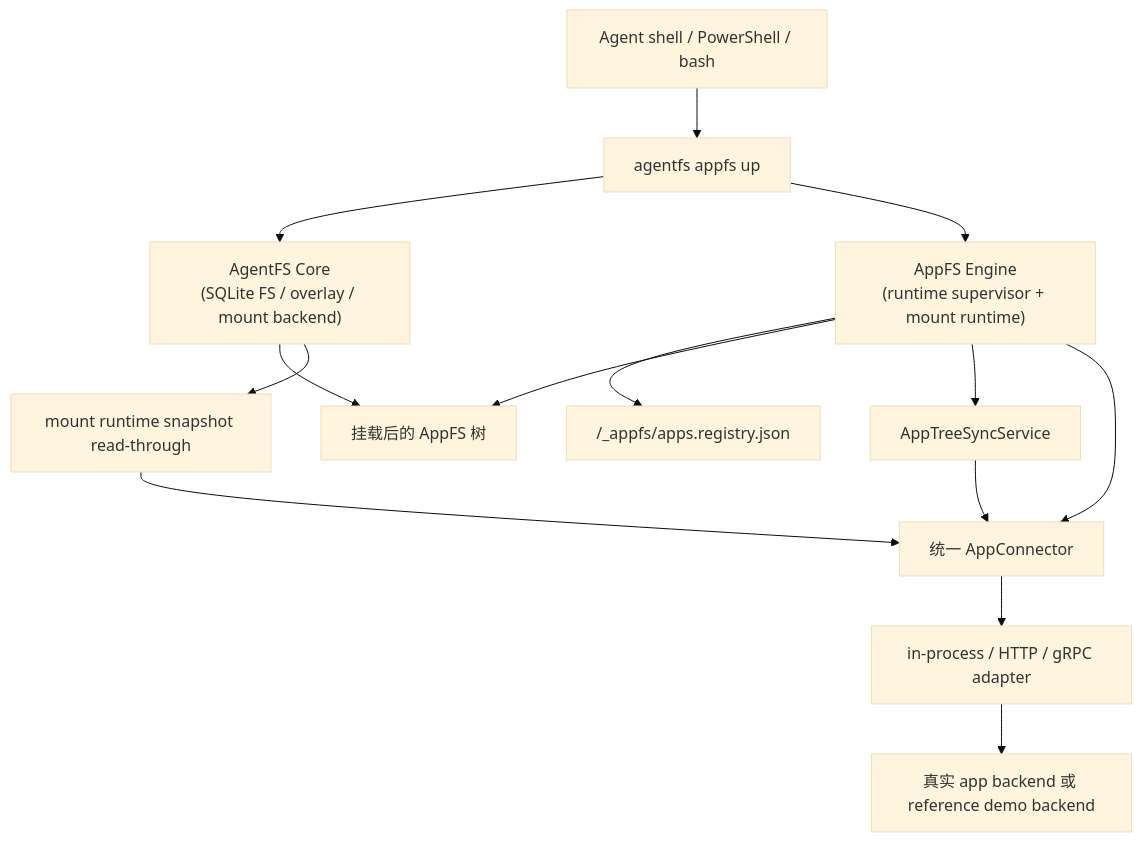
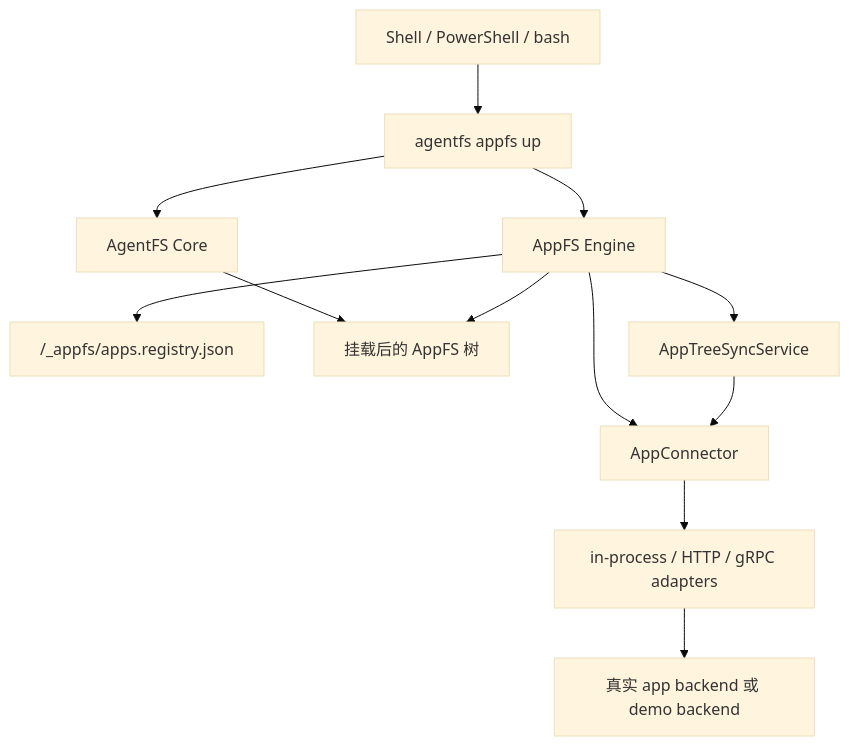
The diagram in README.zh-CN.md (esp3j0/appfs-platform), drawn with Mermaid (base theme) before and after one commit. The commit also changed other lines of this file and 1 other file, not shown here.

````diff
--- a/README.zh-CN.md
+++ b/README.zh-CN.md
@@ -217,16 +210,14 @@
 ```mermaid
 flowchart TD
-    A["Agent shell / PowerShell / bash"] --> B["agentfs appfs up"]
-    B --> C["AgentFS Core\n(SQLite FS / overlay / mount backend)"]
-    B --> D["AppFS Engine\n(runtime supervisor + mount runtime)"]
+    A["Shell / PowerShell / bash"] --> B["agentfs appfs up"]
+    B --> C["AgentFS Core"]
+    B --> D["AppFS Engine"]
     D --> E["/_appfs/apps.registry.json"]
     C --> F["挂载后的 AppFS 树"]
     D --> F
     D --> G["AppTreeSyncService"]
-    D --> H["统一 AppConnector"]
-    C --> I["mount runtime snapshot read-through"]
-    I --> H
+    D --> H["AppConnector"]
     G --> H
-    H --> J["in-process / HTTP / gRPC adapter"]
-    J --> K["真实 app backend 或 reference demo backend"]
+    H --> I["in-process / HTTP / gRPC adapters"]
+    I --> J["真实 app backend 或 demo backend"]
 ```
````
